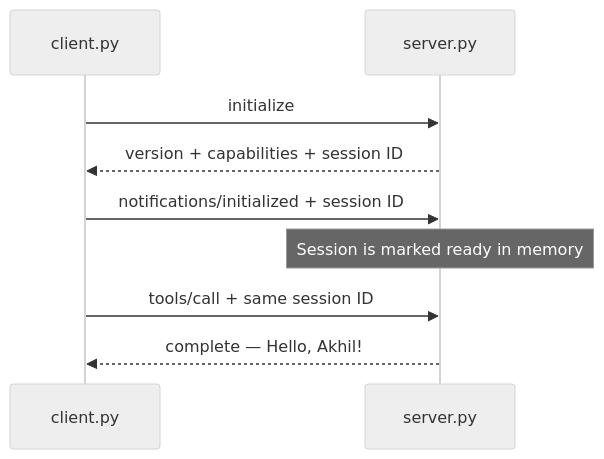
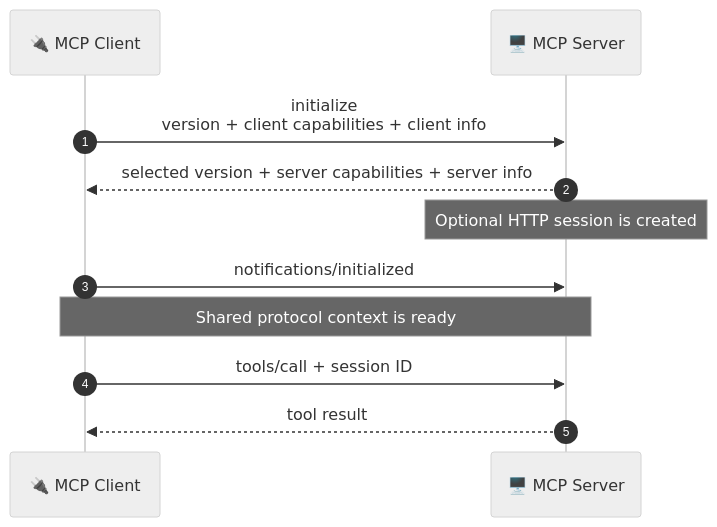
One commit to cakhiltej9001-source/stateless-mcp-python-demo changed the second of 5 diagrams in README.md. Above: the diagram before and after it, drawn with Mermaid (neutral theme). The commit also changed other lines of this file, not shown here.

Commit message:
Expand-README-with-MCP-guide-and-interview-solutions

````diff
--- a/README.md
+++ b/README.md
@@ -58,12 +100,14 @@
 ```mermaid
 sequenceDiagram
-    participant Client as client.py
-    participant Server as server.py
+    autonumber
+    participant Client as 🔌 MCP Client
+    participant Server as 🖥️ MCP Server
 
-    Client->>Server: initialize
-    Server-->>Client: version + capabilities + session ID
-    Client->>Server: notifications/initialized + session ID
-    Note over Server: Session is marked ready in memory
-    Client->>Server: tools/call + same session ID
-    Server-->>Client: complete — Hello, Akhil!
+    Client->>Server: initialize<br/>version + client capabilities + client info
+    Server-->>Client: selected version + server capabilities + server info
+    Note over Server: Optional HTTP session is created
+    Client->>Server: notifications/initialized
+    Note over Client,Server: Shared protocol context is ready
+    Client->>Server: tools/call + session ID
+    Server-->>Client: tool result
 ```
````
